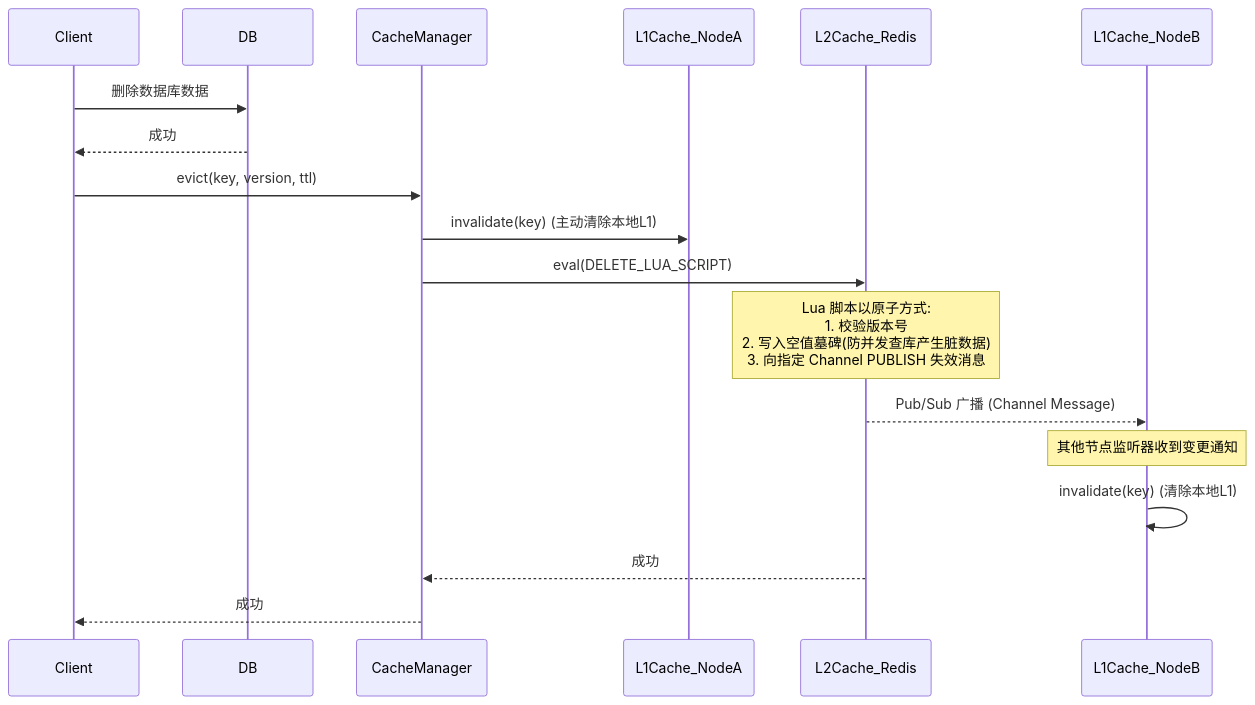
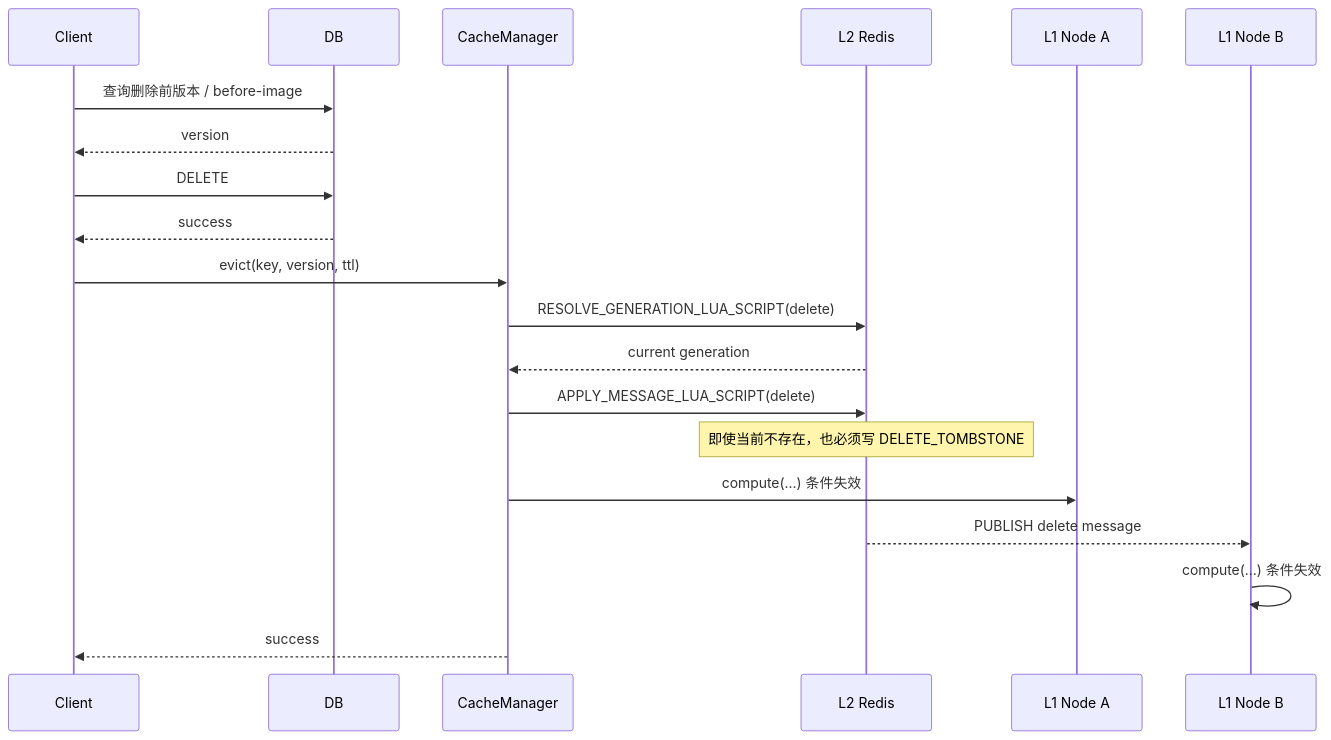
Before and after one commit to dk900912/multi-tier-cache-framework: the seventh of 7 diagrams in README.md, drawn with Mermaid. The commit also changed other lines of this file and 42 other files, not shown here.

Commit message:
feat: harden cache consistency flow

````diff
--- a/README.md
+++ b/README.md
@@ -296,26 +577,23 @@
 ```mermaid
 sequenceDiagram
     participant Client
     participant DB
     participant CacheManager
-    participant L1Cache_NodeA
-    participant L2Cache_Redis
-    participant L1Cache_NodeB
+    participant L2 as L2 Redis
+    participant L1A as L1 Node A
+    participant L1B as L1 Node B
 
-    Client->>DB: 删除数据库数据
-    DB-->>Client: 成功
-    
+    Client->>DB: 查询删除前版本 / before-image
+    DB-->>Client: version
+    Client->>DB: DELETE
+    DB-->>Client: success
     Client->>CacheManager: evict(key, version, ttl)
-    
-    CacheManager->>L1Cache_NodeA: invalidate(key) (主动清除本地L1)
-    
-    CacheManager->>L2Cache_Redis: eval(DELETE_LUA_SCRIPT)
-    Note over L2Cache_Redis: Lua 脚本以原子方式:<br/>1. 校验版本号<br/>2. 写入空值墓碑(防并发查库产生脏数据)<br/>3. 向指定 Channel PUBLISH 失效消息
-    
-    L2Cache_Redis-->>L1Cache_NodeB: Pub/Sub 广播 (Channel Message)
-    Note over L1Cache_NodeB: 其他节点监听器收到变更通知
-    L1Cache_NodeB->>L1Cache_NodeB: invalidate(key) (清除本地L1)
-    
-    L2Cache_Redis-->>CacheManager: 成功
-    CacheManager-->>Client: 成功
+    CacheManager->>L2: RESOLVE_GENERATION_LUA_SCRIPT(delete)
+    L2-->>CacheManager: current generation
+    CacheManager->>L2: APPLY_MESSAGE_LUA_SCRIPT(delete)
+    Note over L2: 即使当前不存在，也必须写 DELETE_TOMBSTONE
+    CacheManager->>L1A: compute(...) 条件失效
+    L2-->>L1B: PUBLISH delete message
+    L1B->>L1B: compute(...) 条件失效
+    CacheManager-->>Client: success
 ```
````
